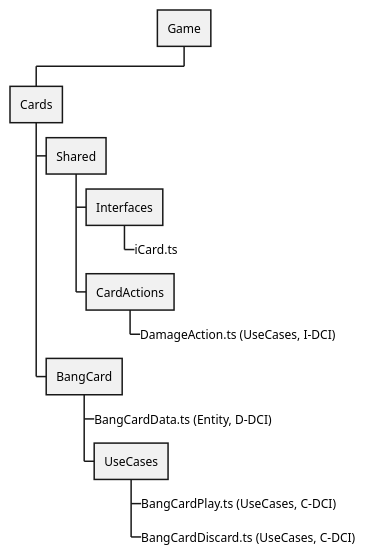
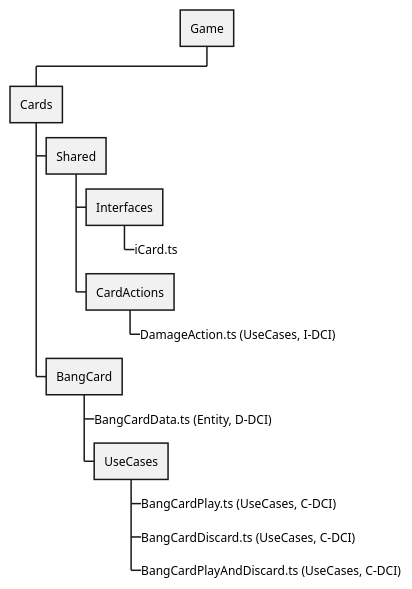
Before and after one commit to VadimContentHunter/browser-game-bang: the diagram in public/docs/diagrams/src/projectStructureWBS.wsd, drawn with PlantUML.

Commit message:
docs(wbs): Minor update to projectStructureWBS diagram

```diff
--- a/public/docs/diagrams/src/projectStructureWBS.wsd
+++ b/public/docs/diagrams/src/projectStructureWBS.wsd
@@ -1,16 +1,19 @@
 @startwbs projectStructureWBS
 * Game
+
+
 ** Cards
 
 *** Shared
 **** Interfaces
 *****_ iCard.ts
 **** CardActions
 *****_ DamageAction.ts (UseCases, I-DCI)
 
 *** BangCard
 ****_ BangCardData.ts (Entity, D-DCI)
 **** UseCases
 *****_ BangCardPlay.ts (UseCases, C-DCI)
 *****_ BangCardDiscard.ts (UseCases, C-DCI)
+*****_ BangCardPlayAndDiscard.ts (UseCases, C-DCI)
 @endwbs
```
